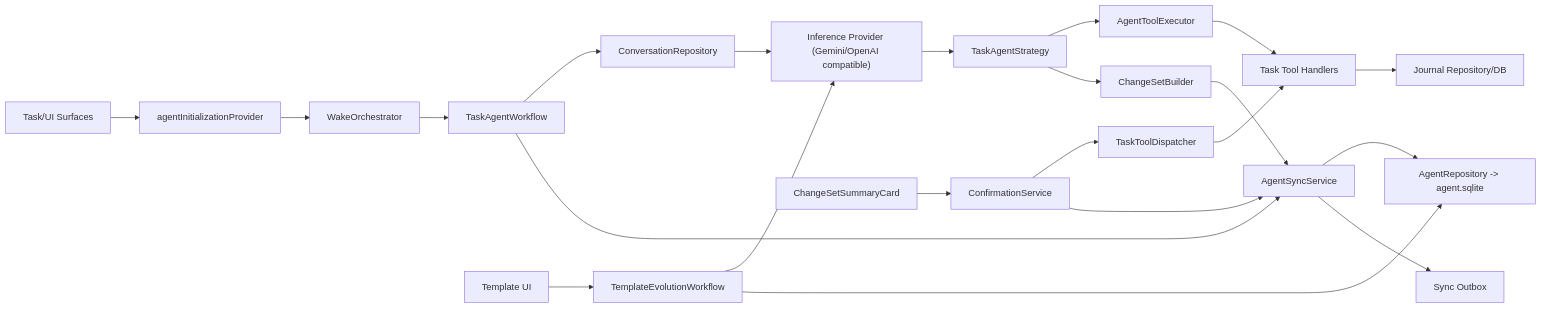
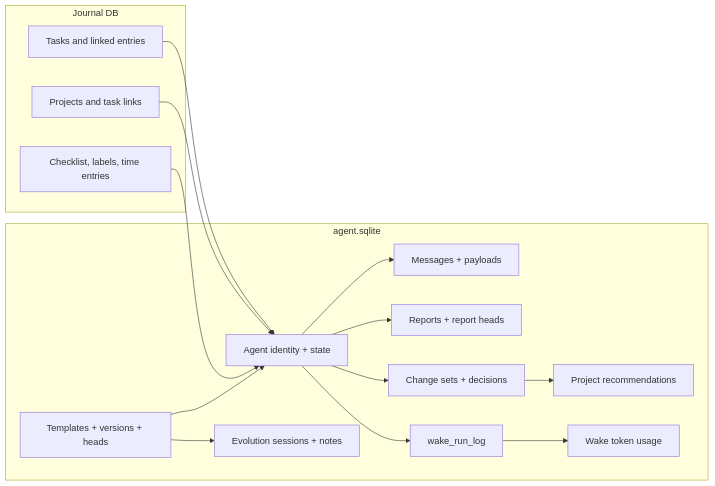
The second of 6 diagrams in lib/features/agents/README.md (matthiasn/lotti), drawn with Mermaid before and after one commit. The commit also changed other lines of this file and 8 other files, not shown here.

````diff
--- a/lib/features/agents/README.md
+++ b/lib/features/agents/README.md
@@ -42,28 +83,32 @@
 ```mermaid
 flowchart LR
-  UI["Task/UI Surfaces"] --> INIT["agentInitializationProvider"]
-  INIT --> ORCH["WakeOrchestrator"]
-  ORCH --> WF["TaskAgentWorkflow"]
-  WF --> CONV["ConversationRepository"]
-  CONV --> MODEL["Inference Provider (Gemini/OpenAI compatible)"]
-  MODEL --> STRAT["TaskAgentStrategy"]
-  STRAT --> EXEC["AgentToolExecutor"]
-  EXEC --> TOOLS["Task Tool Handlers"]
-  TOOLS --> JOURNAL["Journal Repository/DB"]
+  subgraph Journal["Journal DB"]
+    Task["Tasks and linked entries"]
+    Project["Projects and task links"]
+    Meta["Checklist, labels, time entries"]
+  end
 
-  STRAT --> CSB["ChangeSetBuilder"]
-  CSB --> SYNC["AgentSyncService"]
-  SYNC --> AGENTDB["AgentRepository -> agent.sqlite"]
-  SYNC --> OUTBOX["Sync Outbox"]
+  subgraph AgentDB["agent.sqlite"]
+    Agent["Agent identity + state"]
+    Msg["Messages + payloads"]
+    Report["Reports + report heads"]
+    Change["Change sets + decisions"]
+    Template["Templates + versions + heads"]
+    Evo["Evolution sessions + notes"]
+    Reco["Project recommendations"]
+    Usage["Wake token usage"]
+    Wake["wake_run_log"]
+  end
 
-  WF --> SYNC
-
-  CSUI["ChangeSetSummaryCard"] --> CSSVC["ConfirmationService"]
-  CSSVC --> DISP["TaskToolDispatcher"]
-  DISP --> TOOLS
-  CSSVC --> SYNC
-
-  TEMPLATEUI["Template UI"] --> EVO["TemplateEvolutionWorkflow"]
-  EVO --> MODEL
-  EVO --> AGENTDB
+  Task --> Agent
+  Project --> Agent
+  Meta --> Agent
+  Agent --> Msg
+  Agent --> Report
+  Agent --> Change
+  Agent --> Wake
+  Template --> Agent
+  Template --> Evo
+  Change --> Reco
+  Wake --> Usage
 ```
````
